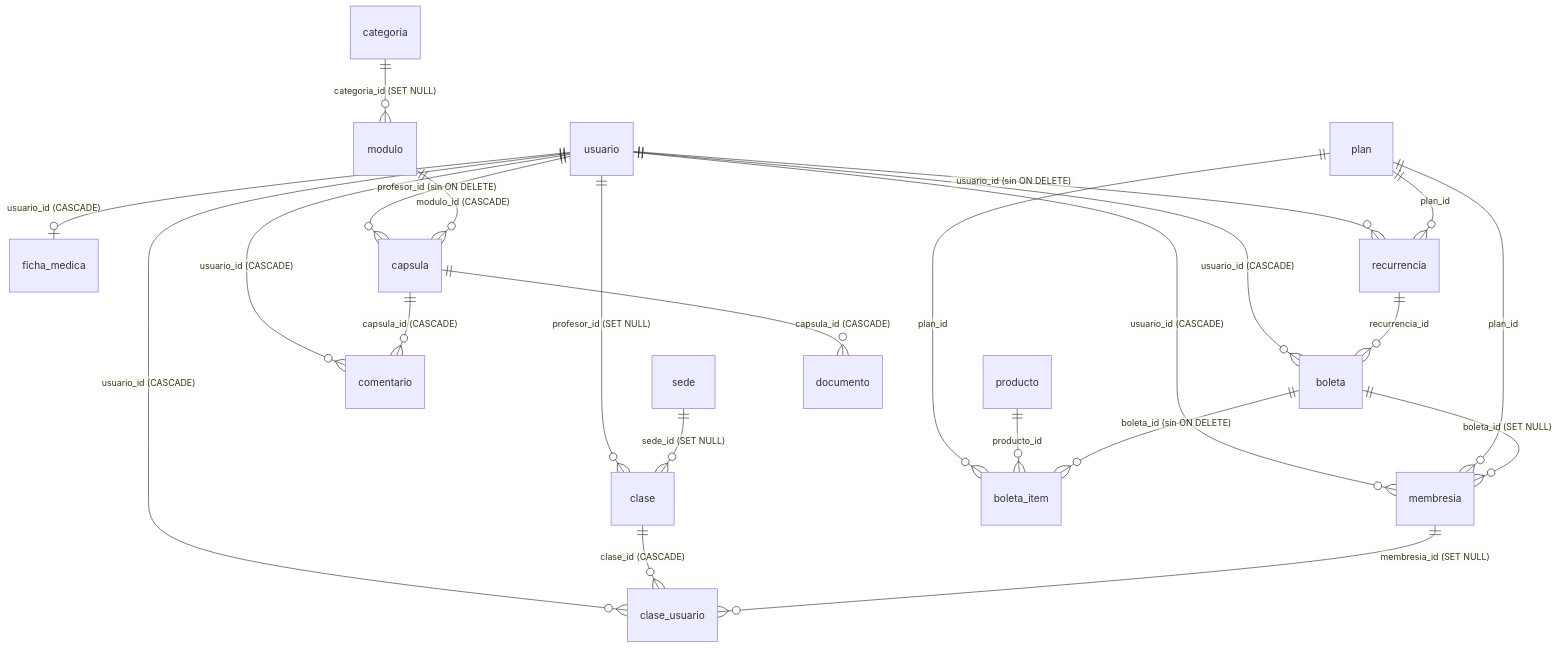
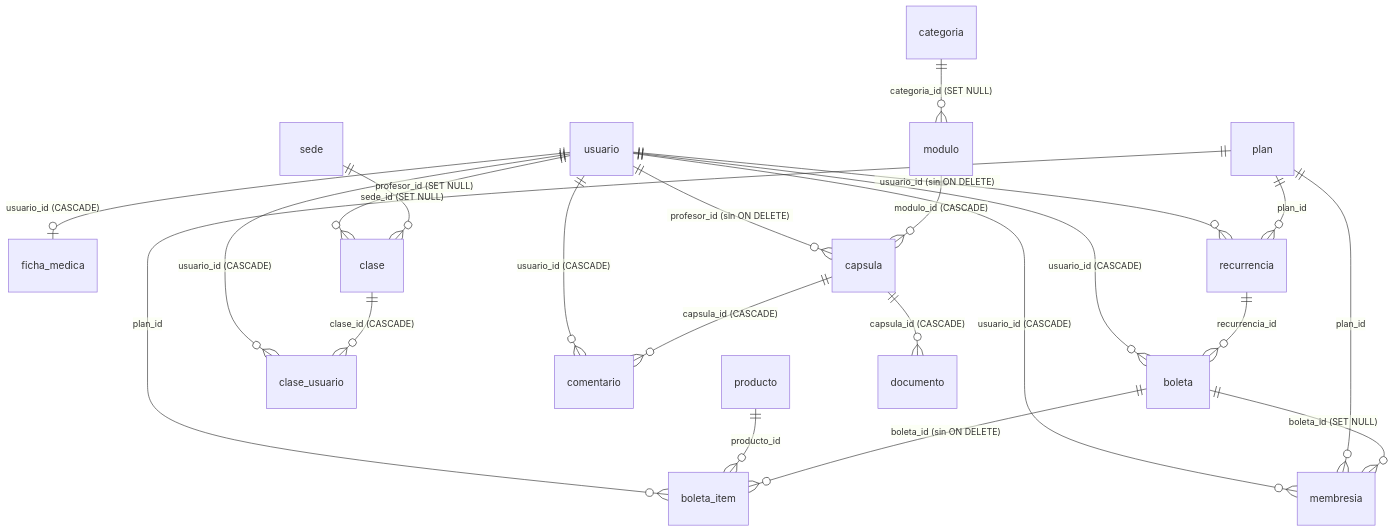
Before and after one commit to solucionesflowcode/FutplayApp: the diagram in futplayapp/docs/DOCUMENTACION_BD_v2.md, drawn with Mermaid. The commit also changed other lines of this file and 1 other file, not shown here.

````diff
--- a/futplayapp/docs/DOCUMENTACION_BD_v2.md
+++ b/futplayapp/docs/DOCUMENTACION_BD_v2.md
@@ -30,25 +33,24 @@
 ```mermaid
 erDiagram
     usuario ||--o| ficha_medica : "usuario_id (CASCADE)"
     usuario ||--o{ boleta : "usuario_id (CASCADE)"
     usuario ||--o{ membresia : "usuario_id (CASCADE)"
     usuario ||--o{ recurrencia : "usuario_id (sin ON DELETE)"
     usuario ||--o{ clase_usuario : "usuario_id (CASCADE)"
     usuario ||--o{ comentario : "usuario_id (CASCADE)"
     usuario ||--o{ clase : "profesor_id (SET NULL)"
     usuario ||--o{ capsula : "profesor_id (sin ON DELETE)"
     plan ||--o{ membresia : "plan_id"
     plan ||--o{ recurrencia : "plan_id"
     plan ||--o{ boleta_item : "plan_id"
     producto ||--o{ boleta_item : "producto_id"
     boleta ||--o{ boleta_item : "boleta_id (sin ON DELETE)"
     boleta ||--o{ membresia : "boleta_id (SET NULL)"
     recurrencia ||--o{ boleta : "recurrencia_id"
     sede ||--o{ clase : "sede_id (SET NULL)"
     clase ||--o{ clase_usuario : "clase_id (CASCADE)"
-    membresia ||--o{ clase_usuario : "membresia_id (SET NULL)"
     categoria ||--o{ modulo : "categoria_id (SET NULL)"
     modulo ||--o{ capsula : "modulo_id (CASCADE)"
     capsula ||--o{ documento : "capsula_id (CASCADE)"
     capsula ||--o{ comentario : "capsula_id (CASCADE)"
 ```
````
